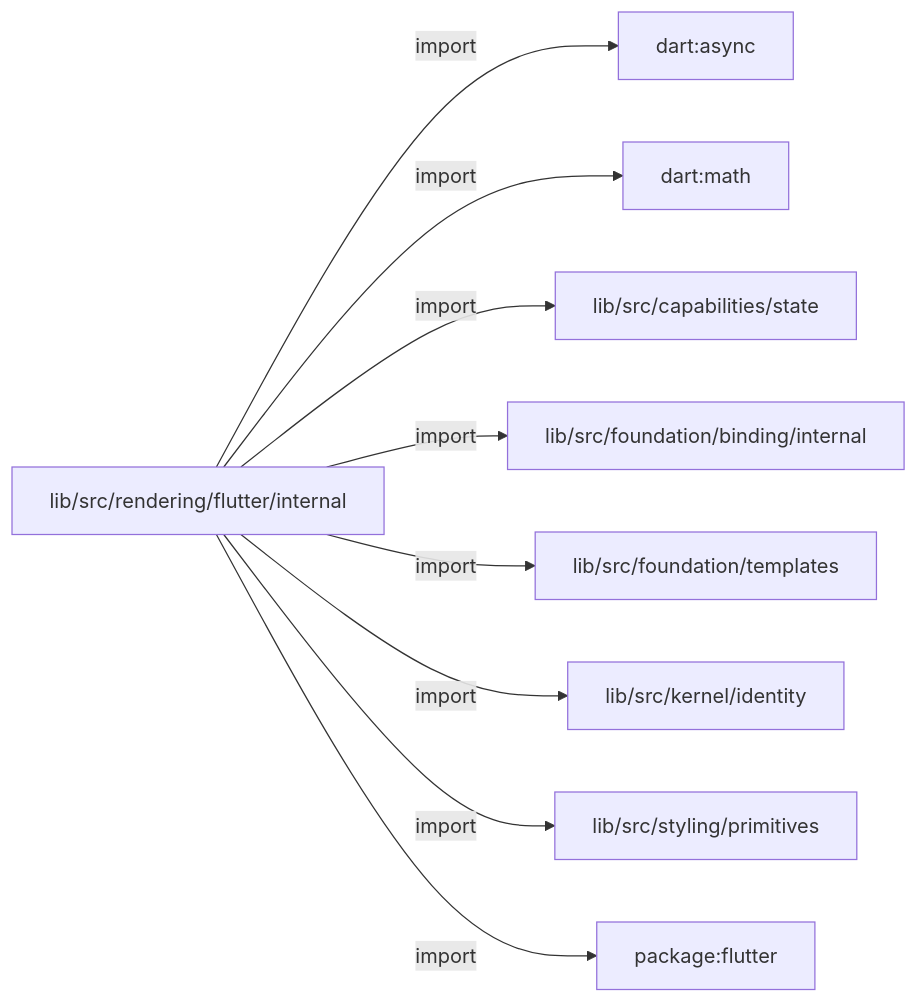
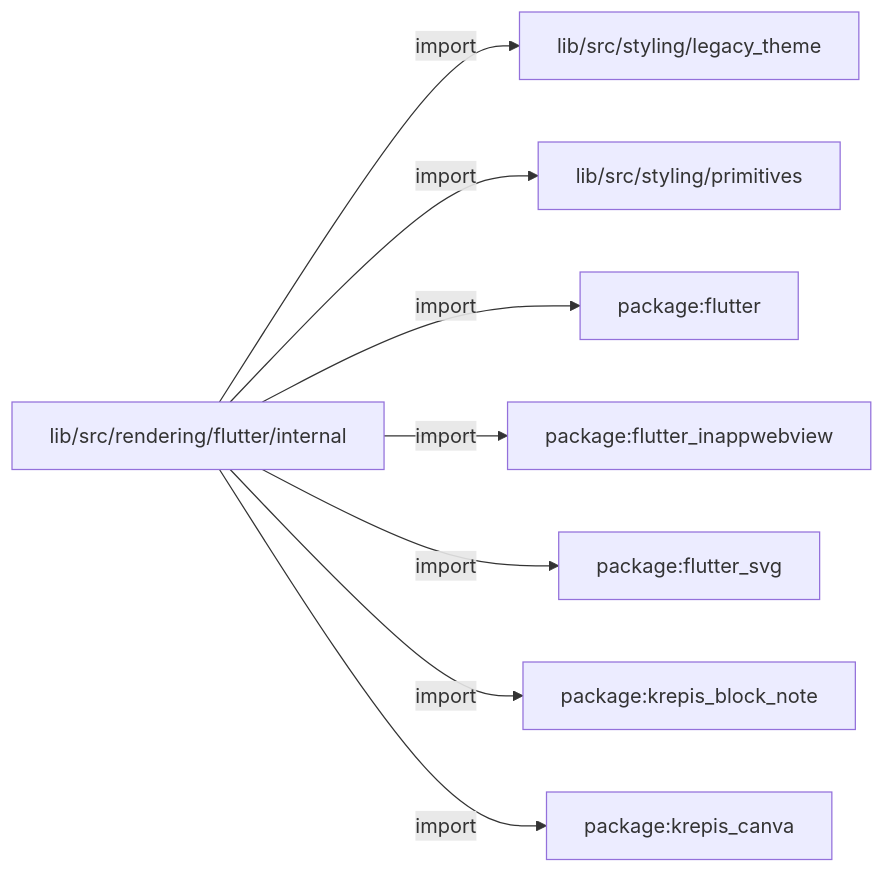
The third of 6 diagrams in docs/architecture/src/rendering/flutter/internal/README.md (MiuDog/Kallopis), drawn with Mermaid before and after one commit. The commit also changed other lines of this file and 9688 other files, not shown here.

Commit message:
Prepare isolated Flow F2 peer baseline

````diff
--- a/docs/architecture/src/rendering/flutter/internal/README.md
+++ b/docs/architecture/src/rendering/flutter/internal/README.md
@@ -13,20 +67,18 @@
 ```mermaid
 flowchart LR
 	n0["lib/src/rendering/flutter/internal"]
-	n1["dart:async"]
-	n2["dart:math"]
-	n3["lib/src/capabilities/state"]
-	n4["lib/src/foundation/binding/internal"]
-	n5["lib/src/foundation/templates"]
-	n6["lib/src/kernel/identity"]
-	n7["lib/src/styling/primitives"]
-	n8["package:flutter"]
+	n1["lib/src/styling/legacy_theme"]
+	n2["lib/src/styling/primitives"]
+	n3["package:flutter"]
+	n4["package:flutter_inappwebview"]
+	n5["package:flutter_svg"]
+	n6["package:krepis_block_note"]
+	n7["package:krepis_canva"]
 	n0 -->|"import"| n1
 	n0 -->|"import"| n2
 	n0 -->|"import"| n3
 	n0 -->|"import"| n4
 	n0 -->|"import"| n5
 	n0 -->|"import"| n6
 	n0 -->|"import"| n7
-	n0 -->|"import"| n8
 ```
````
